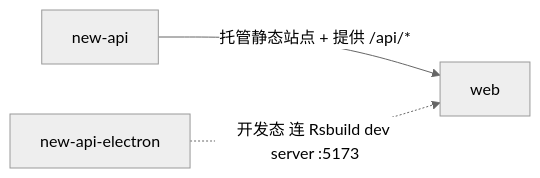
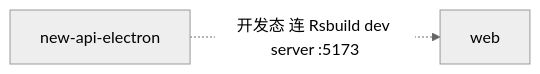
The diagram in specs/03-ARCH/L2/web/relation/inbound-internal.md (ChaosXu/new-api), drawn with Mermaid (neutral theme) before and after one commit. The commit also changed other lines of this file and 52 other files, not shown here.

````diff
--- a/specs/03-ARCH/L2/web/relation/inbound-internal.md
+++ b/specs/03-ARCH/L2/web/relation/inbound-internal.md
@@ -3,9 +3,7 @@
 ```mermaid
 graph LR
   Me[web]
-  Api[new-api]
   Desk[new-api-electron]
 
-  Api -- "托管静态站点 + 提供 /api/*" --> Me
   Desk -. "开发态 连 Rsbuild dev server :5173" .-> Me
 ```
````
